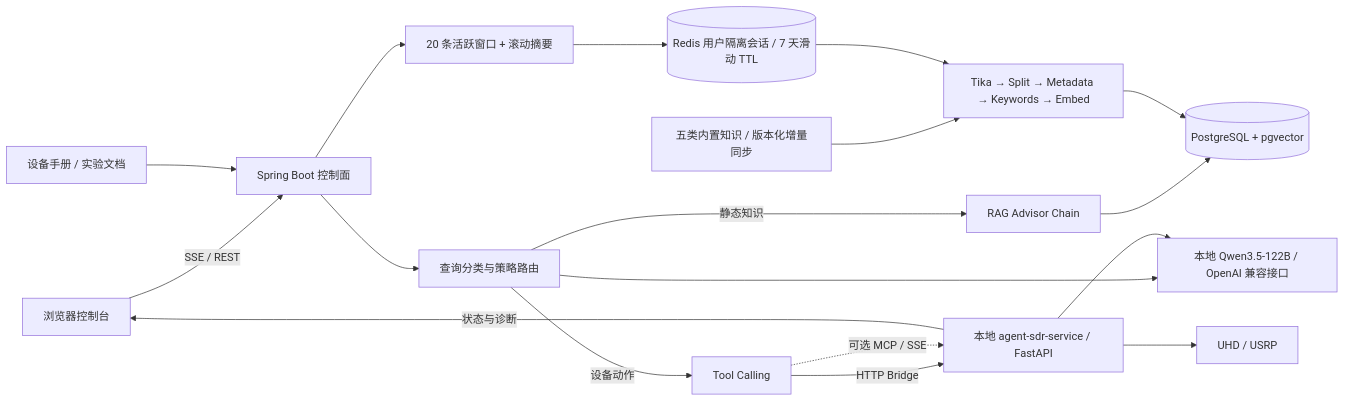
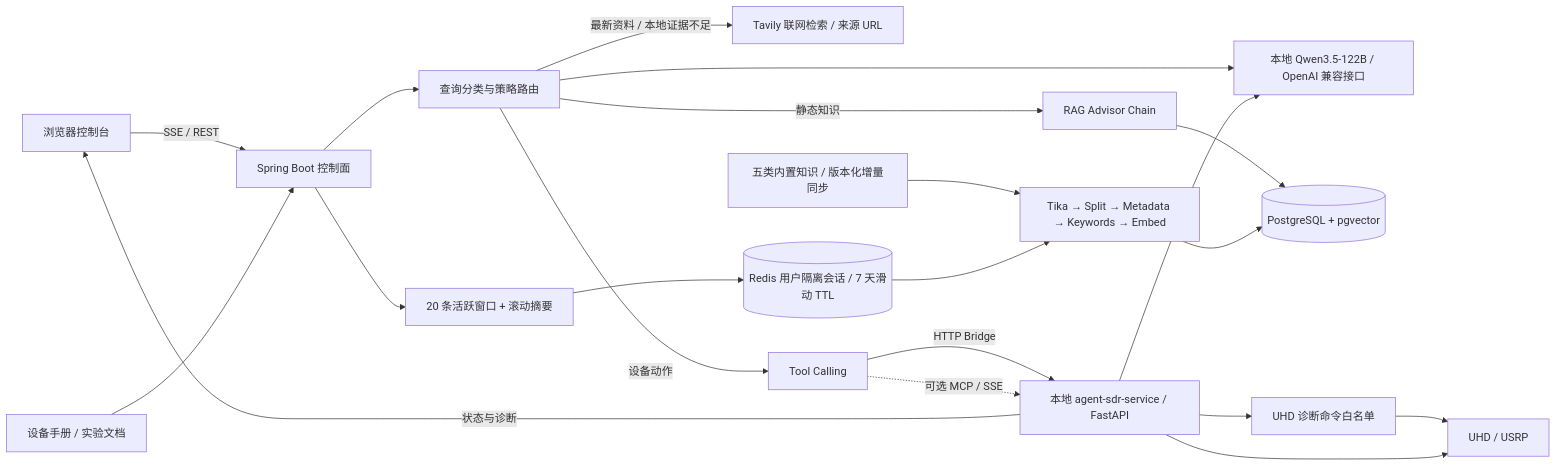
The diagram in README.md (YoYoYoYp/Wireless-Lab-Agent), drawn with Mermaid before and after one commit. The commit also changed other lines of this file and 39 other files, not shown here.

````diff
--- a/README.md
+++ b/README.md
@@ -31,20 +39,23 @@
 ```mermaid
 flowchart LR
     UI["浏览器控制台"] -->|"SSE / REST"| Spring["Spring Boot 控制面"]
     Spring --> Router["查询分类与策略路由"]
     Router --> Qwen["本地 Qwen3.5-122B / OpenAI 兼容接口"]
     Router -->|"静态知识"| Advisors["RAG Advisor Chain"]
     Advisors --> PG[("PostgreSQL + pgvector")]
+    Router -->|"最新资料 / 本地证据不足"| Web["Tavily 联网检索 / 来源 URL"]
     Router -->|"设备动作"| Tools["Tool Calling"]
     Tools -->|"HTTP Bridge"| SDR["本地 agent-sdr-service / FastAPI"]
     Tools -.->|"可选 MCP / SSE"| SDR
-    SDR --> UHD["UHD / USRP"]
+    SDR --> Diagnostics["UHD 诊断命令白名单"]
+    Diagnostics --> UHD["UHD / USRP"]
+    SDR --> UHD
     SDR --> Qwen
     Spring --> Memory["20 条活跃窗口 + 滚动摘要"]
     Memory --> Redis[("Redis 用户隔离会话 / 7 天滑动 TTL")]
     Upload["设备手册 / 实验文档"] --> Spring
     Bundle["五类内置知识 / 版本化增量同步"] --> ETL
     Redis --> ETL["Tika → Split → Metadata → Keywords → Embed"]
     ETL --> PG
     SDR -->|"状态与诊断"| UI
 ```
````
